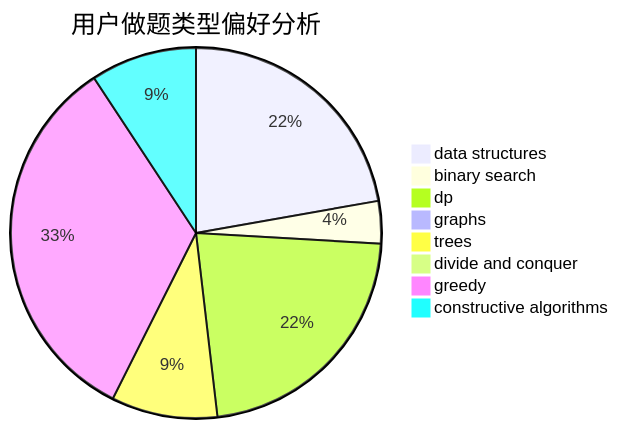
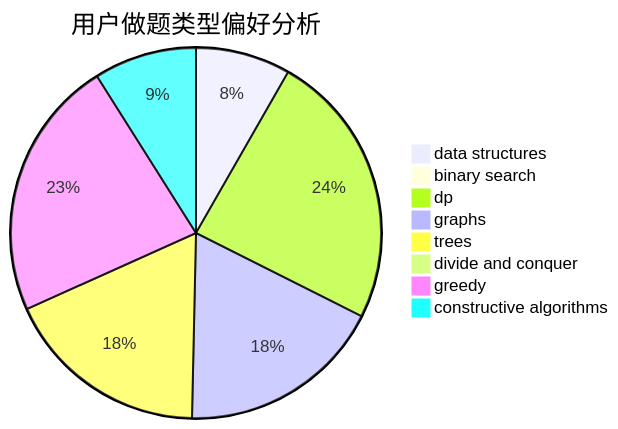
The second of 3 diagrams in docs/user/u1845.md (sherpahu/cfrs.github.io), drawn with Mermaid before and after one commit. The commit also changed other lines of this file and 2770 other files, not shown here.

````diff
--- a/docs/user/u1845.md
+++ b/docs/user/u1845.md
@@ -23,11 +23,11 @@
 ```mermaid
 pie title 用户做题类型偏好分析
     "data structures" :  12
-    "binary search" :  2
-    "dp" :  12
-    "graphs" :  0
-    "trees" :  5
+    "binary search" :  0
+    "dp" :  35
+    "graphs" :  26
+    "trees" :  26
     "divide and conquer" :  0
-    "greedy" :  18
-    "constructive algorithms" :  5
+    "greedy" :  33
+    "constructive algorithms" :  13
 ```
````
